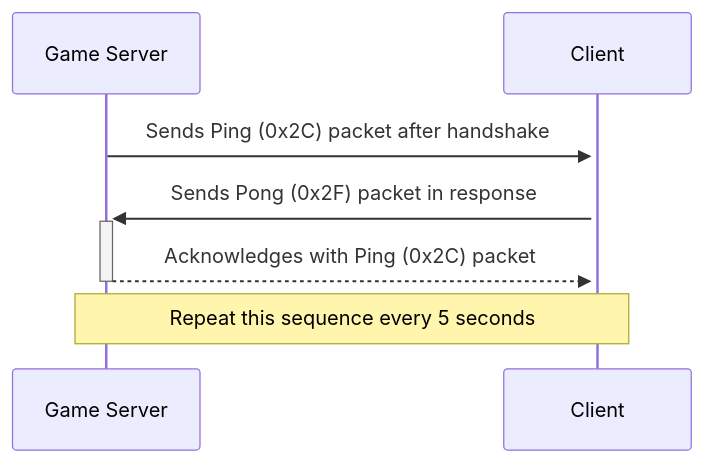
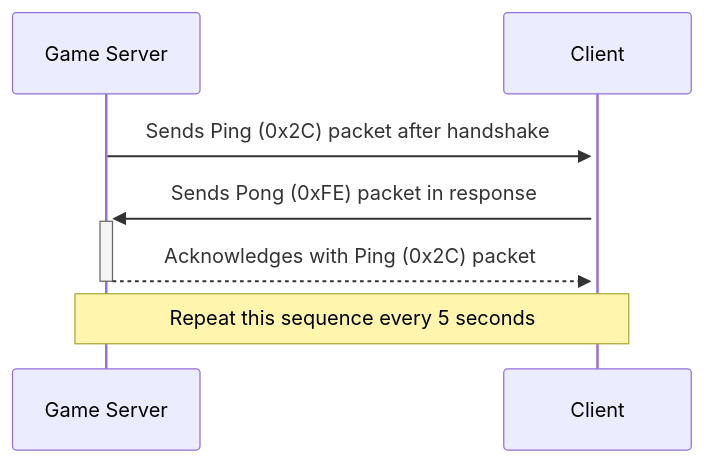
Before and after one commit to MeikelLP/quantum-core-x: the third of 3 diagrams in docs/docs/Metin 2/Process Flows.md, drawn with Mermaid.

Commit message:
fix(docs): incorrect packet header for pong

````diff
--- a/docs/docs/Metin 2/Process Flows.md
+++ b/docs/docs/Metin 2/Process Flows.md
@@ -47,9 +47,9 @@
 ```mermaid
 sequenceDiagram
     participant S as Game Server
     participant C as Client
     S->>+C: Sends Ping (0x2C) packet after handshake
-    C->>+S: Sends Pong (0x2F) packet in response
+    C->>+S: Sends Pong (0xFE) packet in response
     S-->>-C: Acknowledges with Ping (0x2C) packet
     Note over S, C: Repeat this sequence every 5 seconds
 ```
````
